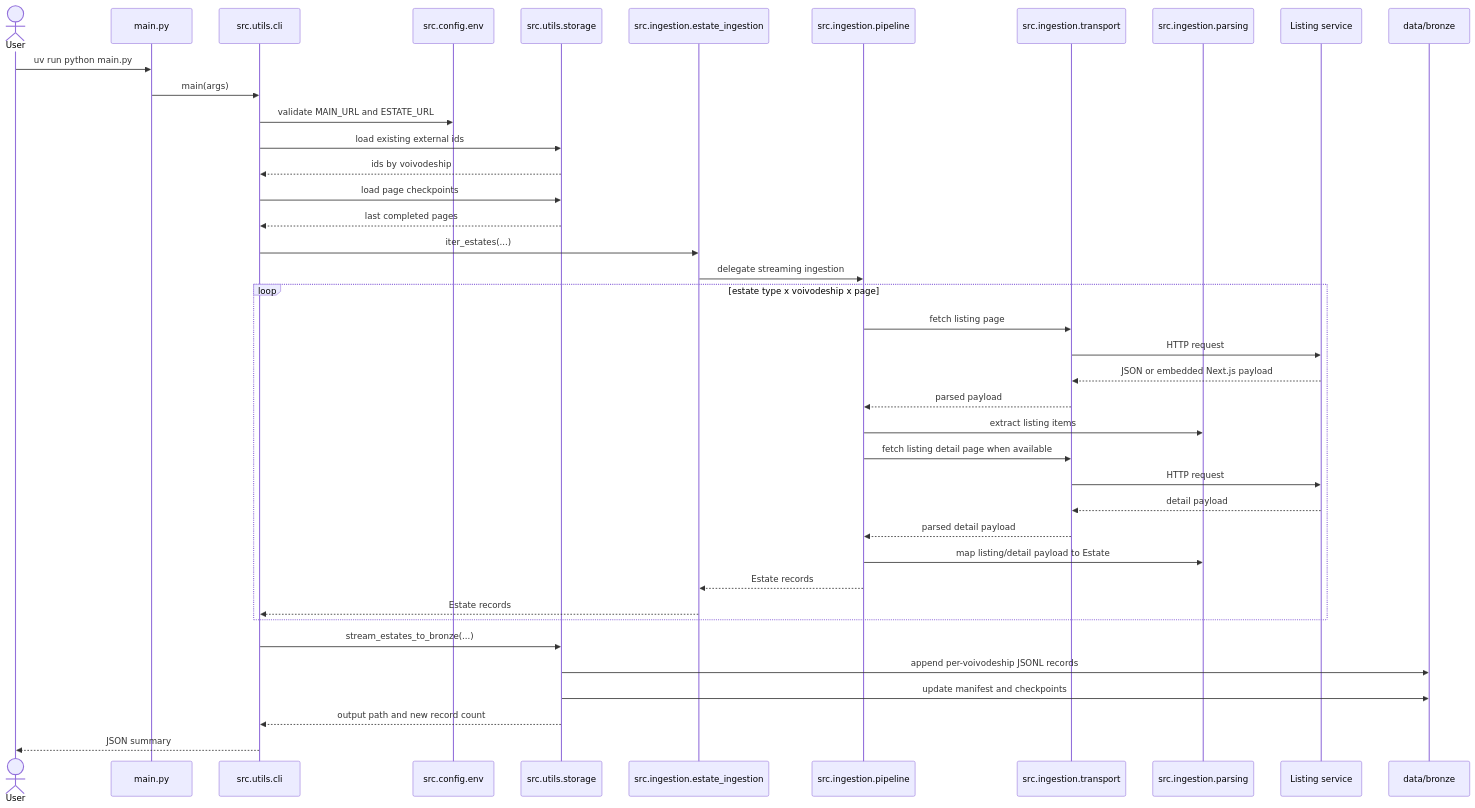
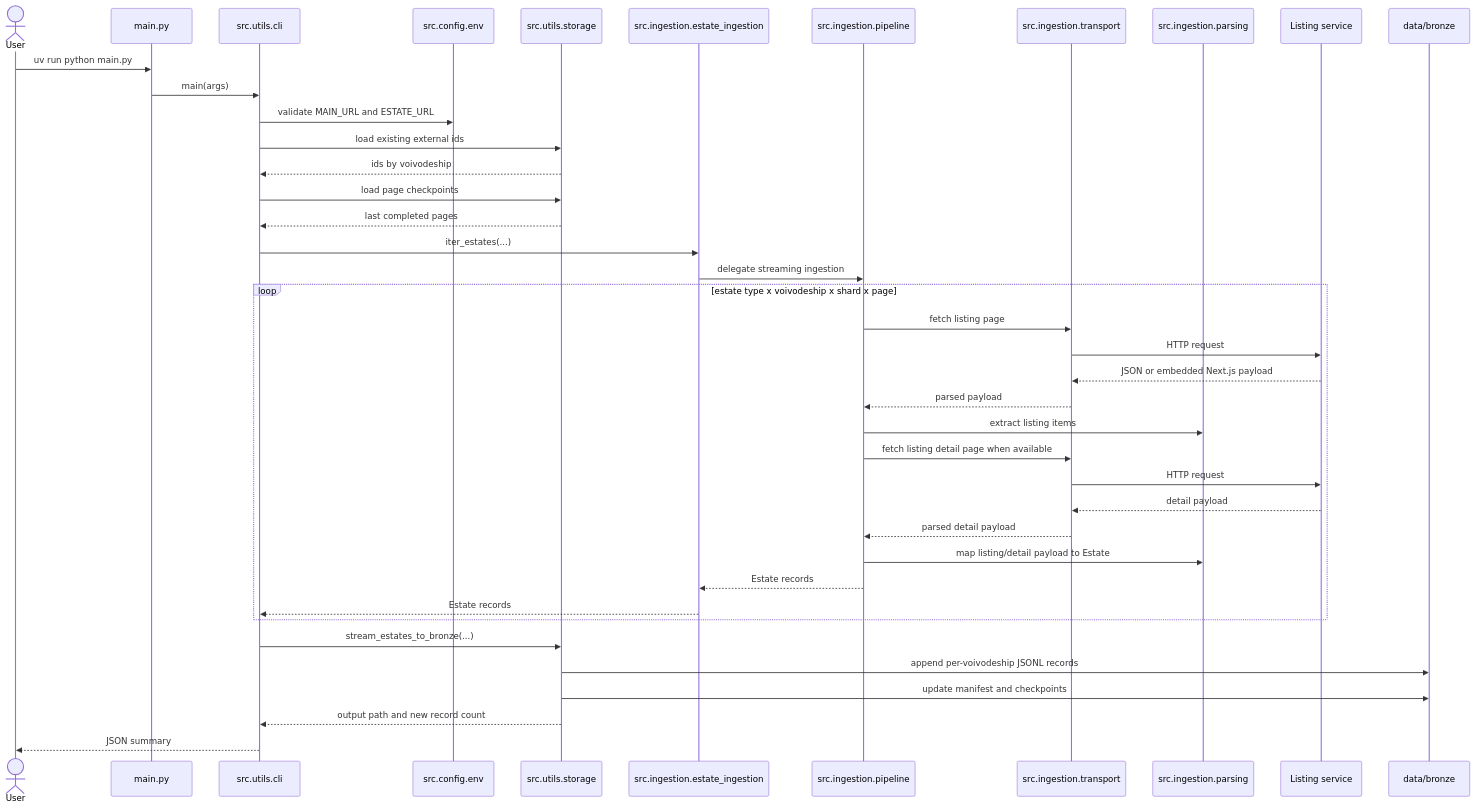
The diagram in docs/ingestion-sequence.md (bi3lu/polish-real-estate-price-aggregates), drawn with Mermaid before and after one commit. The commit also changed other lines of this file and 18 other files, not shown here.

````diff
--- a/docs/ingestion-sequence.md
+++ b/docs/ingestion-sequence.md
@@ -3,45 +3,45 @@
 ```mermaid
 sequenceDiagram
     actor User
     participant Main as main.py
     participant CLI as src.utils.cli
     participant Env as src.config.env
     participant Store as src.utils.storage
     participant Facade as src.ingestion.estate_ingestion
     participant Pipeline as src.ingestion.pipeline
     participant Transport as src.ingestion.transport
     participant Parsing as src.ingestion.parsing
     participant Source as Listing service
     participant Bronze as data/bronze
 
     User->>Main: uv run python main.py
     Main->>CLI: main(args)
     CLI->>Env: validate MAIN_URL and ESTATE_URL
     CLI->>Store: load existing external ids
     Store-->>CLI: ids by voivodeship
     CLI->>Store: load page checkpoints
     Store-->>CLI: last completed pages
     CLI->>Facade: iter_estates(...)
     Facade->>Pipeline: delegate streaming ingestion
 
-    loop estate type x voivodeship x page
+    loop estate type x voivodeship x shard x page
         Pipeline->>Transport: fetch listing page
         Transport->>Source: HTTP request
         Source-->>Transport: JSON or embedded Next.js payload
         Transport-->>Pipeline: parsed payload
         Pipeline->>Parsing: extract listing items
         Pipeline->>Transport: fetch listing detail page when available
         Transport->>Source: HTTP request
         Source-->>Transport: detail payload
         Transport-->>Pipeline: parsed detail payload
         Pipeline->>Parsing: map listing/detail payload to Estate
         Pipeline-->>Facade: Estate records
         Facade-->>CLI: Estate records
     end
 
     CLI->>Store: stream_estates_to_bronze(...)
     Store->>Bronze: append per-voivodeship JSONL records
     Store->>Bronze: update manifest and checkpoints
     Store-->>CLI: output path and new record count
     CLI-->>User: JSON summary
 ```
````
